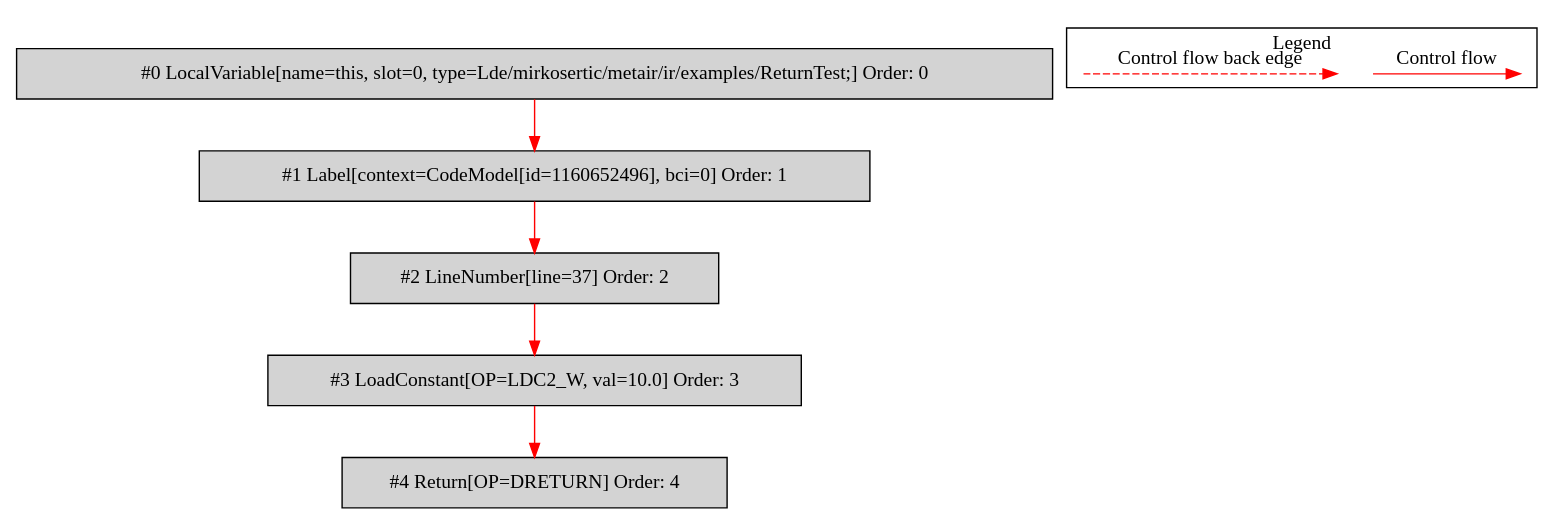
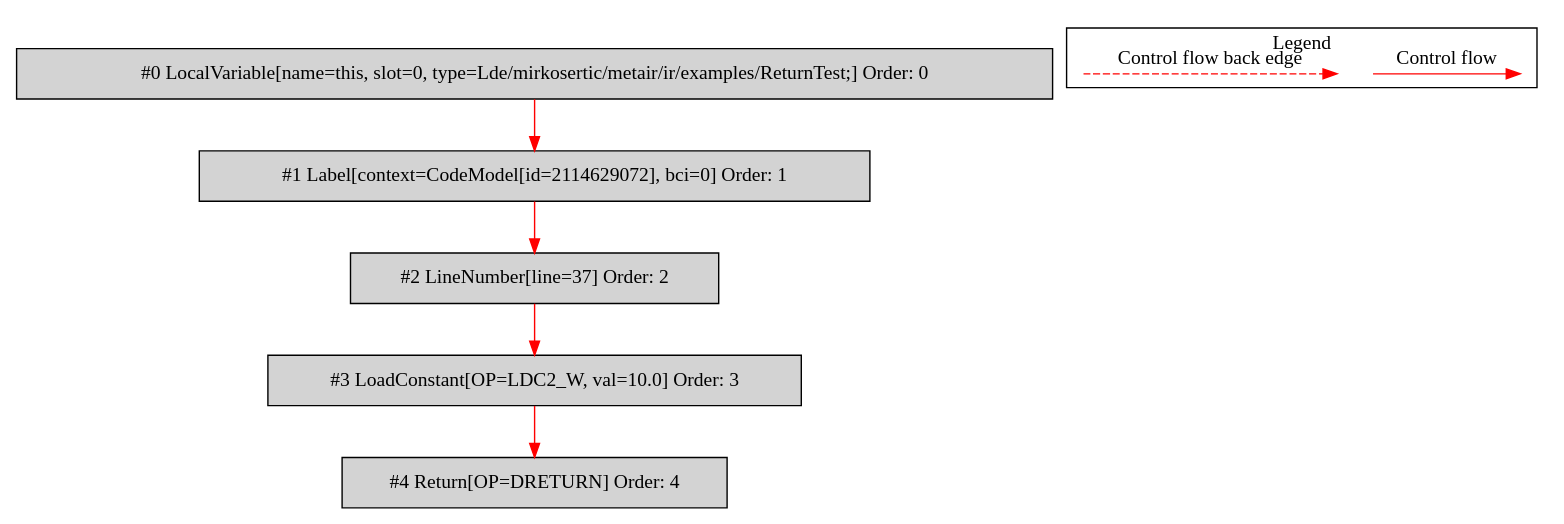
One commit to mirkosertic/MetaIR changed the diagram in de.mirkosertic.metair.ir.examples.ReturnTest/returnDouble/bytecodecfg.dot. Above: the diagram before and after it, drawn with Graphviz. The commit also changed 688 other files, not shown here.

```diff
--- a/de.mirkosertic.metair.ir.examples.ReturnTest/returnDouble/bytecodecfg.dot
+++ b/de.mirkosertic.metair.ir.examples.ReturnTest/returnDouble/bytecodecfg.dot
@@ -1,25 +1,25 @@
 digraph {
  node0[label="#0 LocalVariable[name=this, slot=0, type=Lde/mirkosertic/metair/ir/examples/ReturnTest;] Order: 0", shape=box, fillcolor=lightgrey, style=filled];
- node1[label="#1 Label[context=CodeModel[id=1160652496], bci=0] Order: 1", shape=box, fillcolor=lightgrey, style=filled];
+ node1[label="#1 Label[context=CodeModel[id=2114629072], bci=0] Order: 1", shape=box, fillcolor=lightgrey, style=filled];
  node2[label="#2 LineNumber[line=37] Order: 2", shape=box, fillcolor=lightgrey, style=filled];
  node3[label="#3 LoadConstant[OP=LDC2_W, val=10.0] Order: 3", shape=box, fillcolor=lightgrey, style=filled];
  node4[label="#4 Return[OP=DRETURN] Order: 4", shape=box, fillcolor=lightgrey, style=filled];
  node0 -> node1[color=red];
  node1 -> node2[color=red];
  node2 -> node3[color=red];
  node3 -> node4[color=red];
  subgraph cluster_000 {
   label = "Legend";
   node [shape=point]
   {
    rank=same;
    c0 [style = invis];
    c1 [style = invis];
    c2 [style = invis];
    c3 [style = invis];
   }
   c0 -> c1 [label="Control flow", style=solid, color=red]
   c2 -> c3 [label="Control flow back edge", style=dashed, color=red]
  }
 
 }
```
